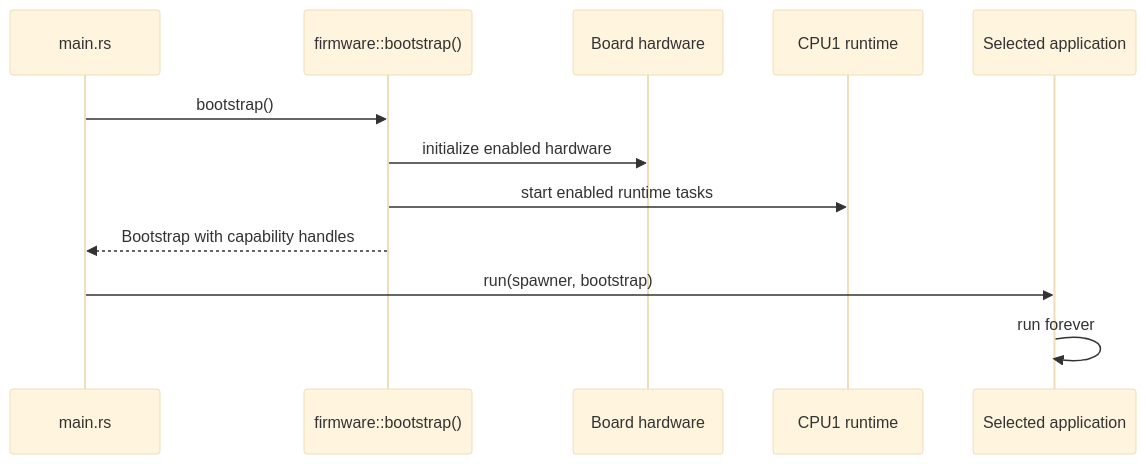
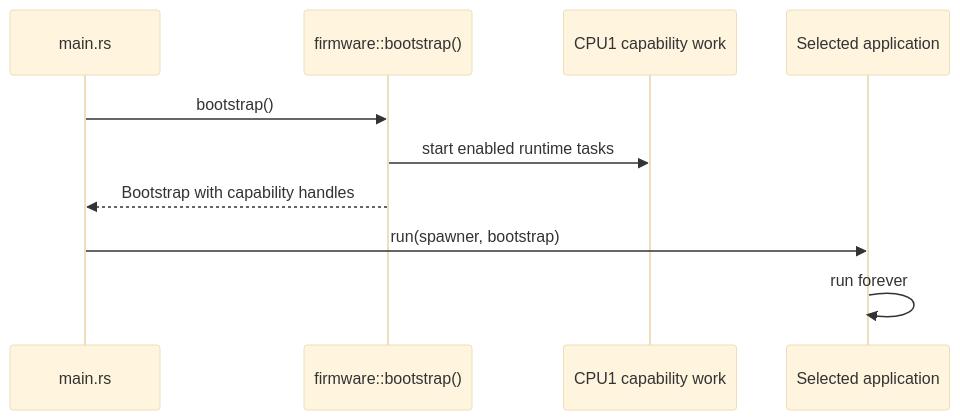
Before and after one commit to wackazong/hackandhike-2026: the third of 13 diagrams in README.md, drawn with Mermaid (base theme). The commit also changed other lines of this file, not shown here.

````diff
--- a/README.md
+++ b/README.md
@@ -290,15 +287,13 @@
 ```mermaid
 sequenceDiagram
     participant Main as main.rs
     participant Boot as firmware::bootstrap()
-    participant HW as Board hardware
-    participant CPU1 as CPU1 runtime
+    participant CPU1 as CPU1 capability work
     participant App as Selected application
 
     Main->>Boot: bootstrap()
-    Boot->>HW: initialize enabled hardware
     Boot->>CPU1: start enabled runtime tasks
     Boot-->>Main: Bootstrap with capability handles
     Main->>App: run(spawner, bootstrap)
     App->>App: run forever
 ```
````
